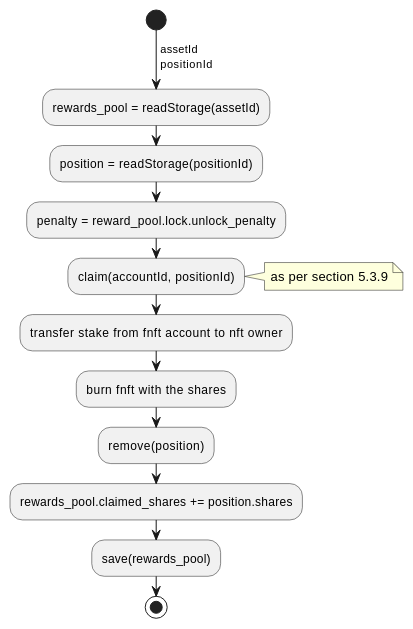
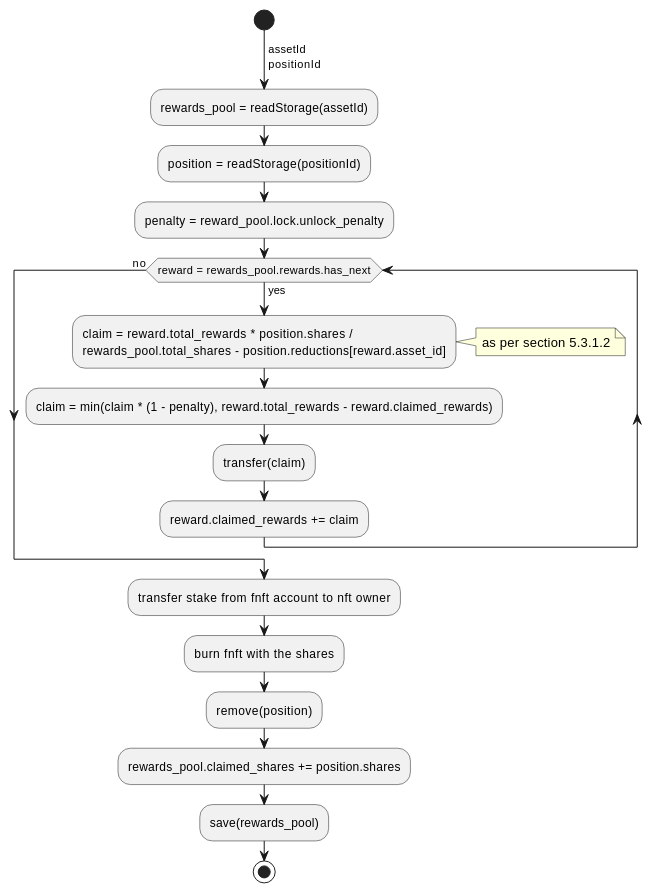
One commit to ComposableFi/composable changed the seventh of 10 diagrams in rfcs/0005-pablo-distribution-assets/0005-pablo-distribution.adoc. Above: the diagram before and after it, drawn with PlantUML.

Commit message:
Re-introduced unstake reward collection algo

```diff
--- a/rfcs/0005-pablo-distribution-assets/0005-pablo-distribution.adoc
+++ b/rfcs/0005-pablo-distribution-assets/0005-pablo-distribution.adoc
@@ -480,16 +480,21 @@
 [plantuml,images/unstake,png]
 ----
 start
 ->assetId\npositionId;
 :rewards_pool = readStorage(assetId);
 :position = readStorage(positionId);
 :penalty = reward_pool.lock.unlock_penalty;
-:claim(accountId, positionId);
-note right: as per section 5.3.9
+while (reward = rewards_pool.rewards.has_next) is (yes)
+    :claim = reward.total_rewards * position.shares /\nrewards_pool.total_shares - position.reductions[reward.asset_id];
+    note right: as per section 5.3.1.2
+    :claim = min(claim * (1 - penalty), reward.total_rewards - reward.claimed_rewards);
+    :transfer(claim);
+    :reward.claimed_rewards += claim;
+endwhile (no)
 :transfer stake from fnft account to nft owner;
 :burn fnft with the shares;
 :remove(position);
 :rewards_pool.claimed_shares += position.shares;
 :save(rewards_pool);
 stop
 ----
```
